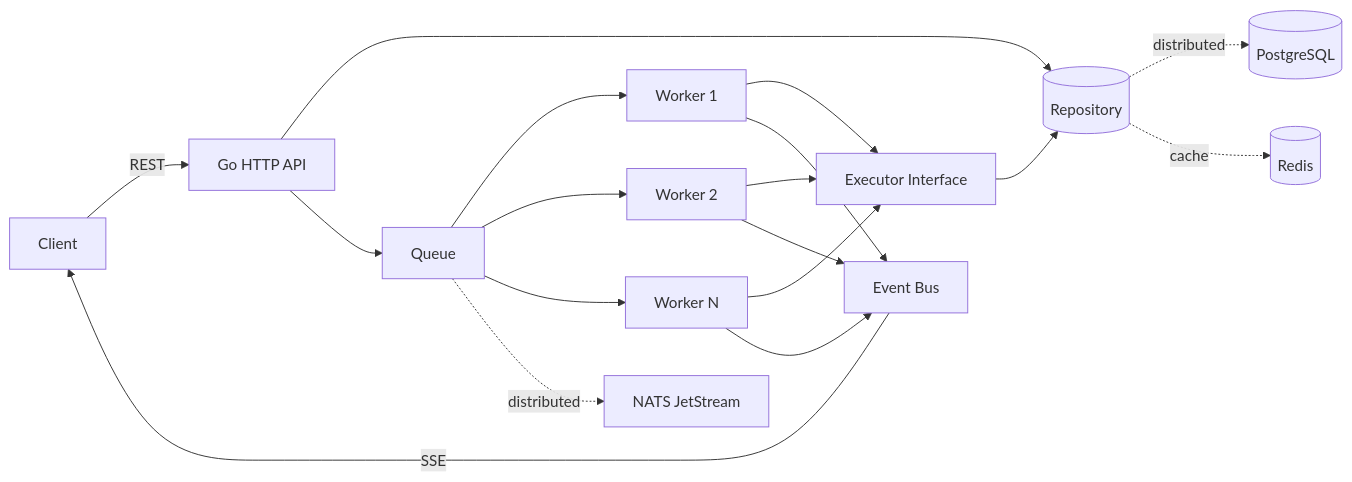
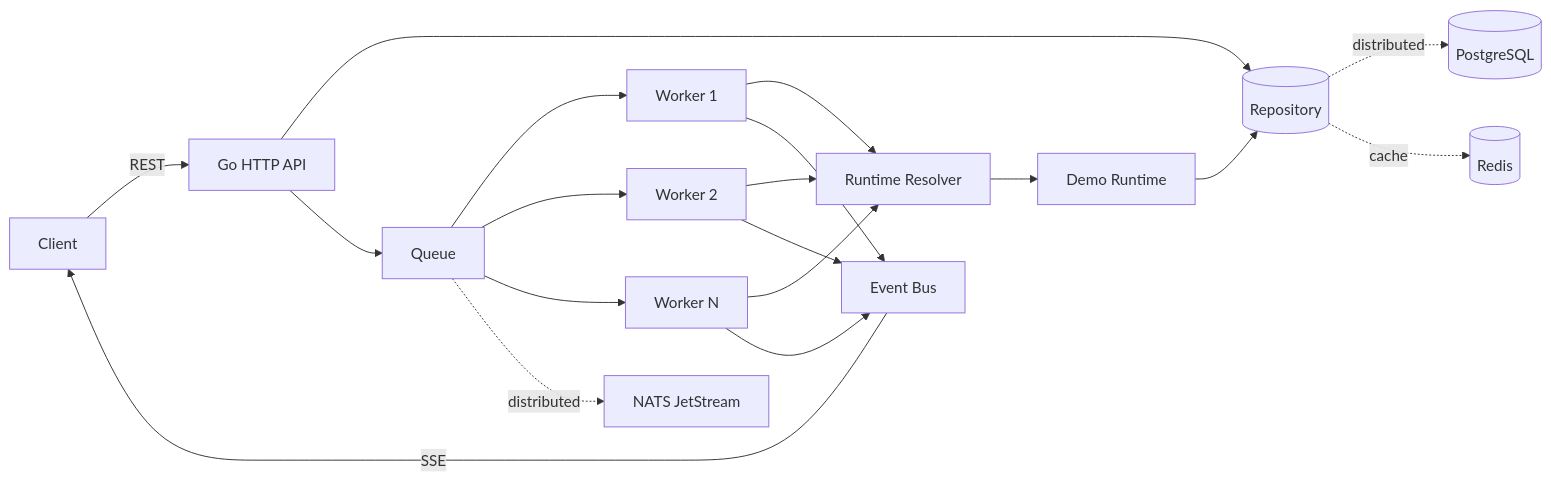
The diagram in README.md (thiagomontozo/agentmesh), drawn with Mermaid before and after one commit. The commit also changed other lines of this file and 6 other files, not shown here.

Commit message:
feat: add runtime resolver

````diff
--- a/README.md
+++ b/README.md
@@ -24,20 +24,21 @@
 ```mermaid
 flowchart LR
     C[Client] -->|REST| API[Go HTTP API]
     API --> S[(Repository)]
     API --> Q[Queue]
     Q --> W1[Worker 1]
     Q --> W2[Worker 2]
     Q --> WN[Worker N]
-    W1 --> E[Executor Interface]
-    W2 --> E
-    WN --> E
-    E --> S
+    W1 --> RR[Runtime Resolver]
+    W2 --> RR
+    WN --> RR
+    RR --> D[Demo Runtime]
+    D --> S
     W1 --> B[Event Bus]
     W2 --> B
     WN --> B
     B -->|SSE| C
     S -. distributed .-> PG[(PostgreSQL)]
     S -. cache .-> R[(Redis)]
     Q -. distributed .-> N[NATS JetStream]
 ```
````
